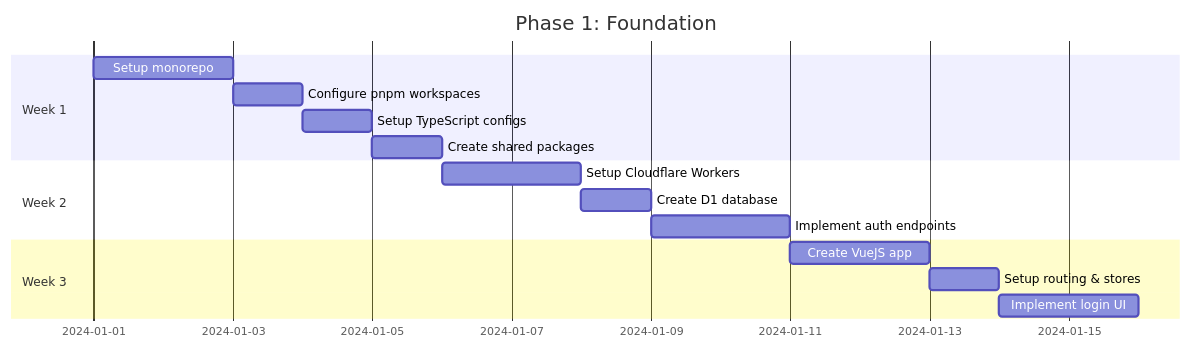
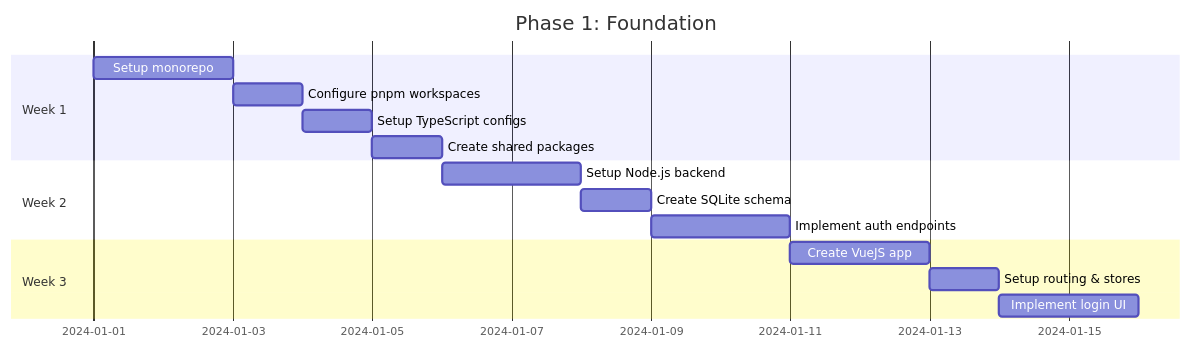
The fourth of 4 diagrams in docs/ARCHITECTURE.md (ngotuananh101/ponta-remote), drawn with Mermaid before and after one commit. The commit also changed other lines of this file and 9 other files, not shown here.

Commit message:
docs(all): update architecture, deployment guides, and CI/CD for self-hosted backend

````diff
--- a/docs/ARCHITECTURE.md
+++ b/docs/ARCHITECTURE.md
@@ -1158,18 +812,18 @@
 ```mermaid
 gantt
     title Phase 1: Foundation
     dateFormat  YYYY-MM-DD
     section Week 1
     Setup monorepo          :a1, 2024-01-01, 2d
     Configure pnpm workspaces :a2, after a1, 1d
     Setup TypeScript configs :a3, after a2, 1d
     Create shared packages   :a4, after a3, 1d
     section Week 2
-    Setup Cloudflare Workers :b1, after a4, 2d
-    Create D1 database       :b2, after b1, 1d
+    Setup Node.js backend   :b1, after a4, 2d
+    Create SQLite schema    :b2, after b1, 1d
     Implement auth endpoints :b3, after b2, 2d
     section Week 3
-    Create VueJS app         :c1, after b3, 2d
-    Setup routing & stores   :c2, after c1, 1d
-    Implement login UI       :c3, after c2, 2d
+    Create VueJS app        :c1, after b3, 2d
+    Setup routing & stores  :c2, after c1, 1d
+    Implement login UI      :c3, after c2, 2d
 ```
````
